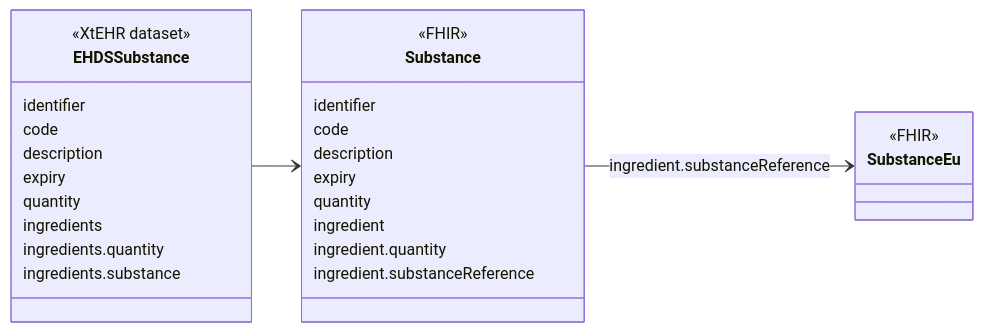
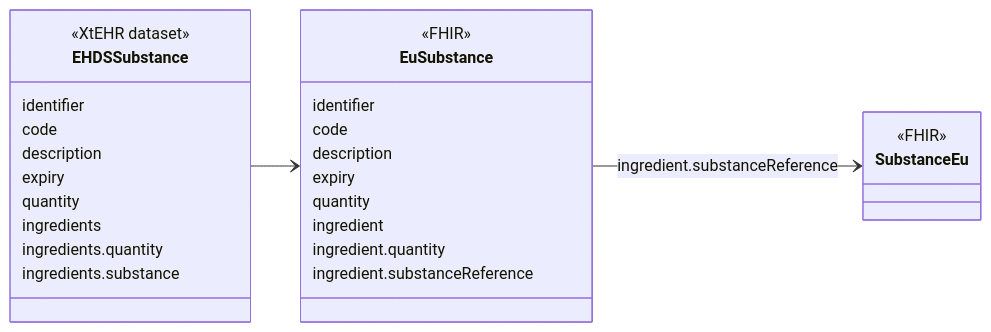
One commit to oijauregui/ehdsimaging changed the diagram in input/intro-notes/ConceptMap-EHDSSubstanceMap-intro.md. Above: the diagram before and after it, drawn with Mermaid. The commit also changed 138 other files, not shown here.

````diff
--- a/input/intro-notes/ConceptMap-EHDSSubstanceMap-intro.md
+++ b/input/intro-notes/ConceptMap-EHDSSubstanceMap-intro.md
@@ -5,33 +5,33 @@
 ```mermaid
 classDiagram
 direction LR
 class EHDSSubstance {
   <<XtEHR dataset>>
   identifier
   code
   description
   expiry
   quantity
   ingredients
   ingredients.quantity
   ingredients.substance
 }
 link EHDSSubstance "https://build.fhir.org/ig/Xt-EHR/xt-ehr-common/StructureDefinition-EHDSSubstance.html"
-class Substance{
+class EuSubstance{
   <<FHIR>>
   identifier
   code
   description
   expiry
   quantity
   ingredient
   ingredient.quantity
   ingredient.substanceReference
 }
 
 class SubstanceEu {
   <<FHIR>>
 }
-EHDSSubstance --> Substance
-Substance --> SubstanceEu : ingredient.substanceReference
+EHDSSubstance --> EuSubstance
+EuSubstance --> SubstanceEu : ingredient.substanceReference
 ```
````
